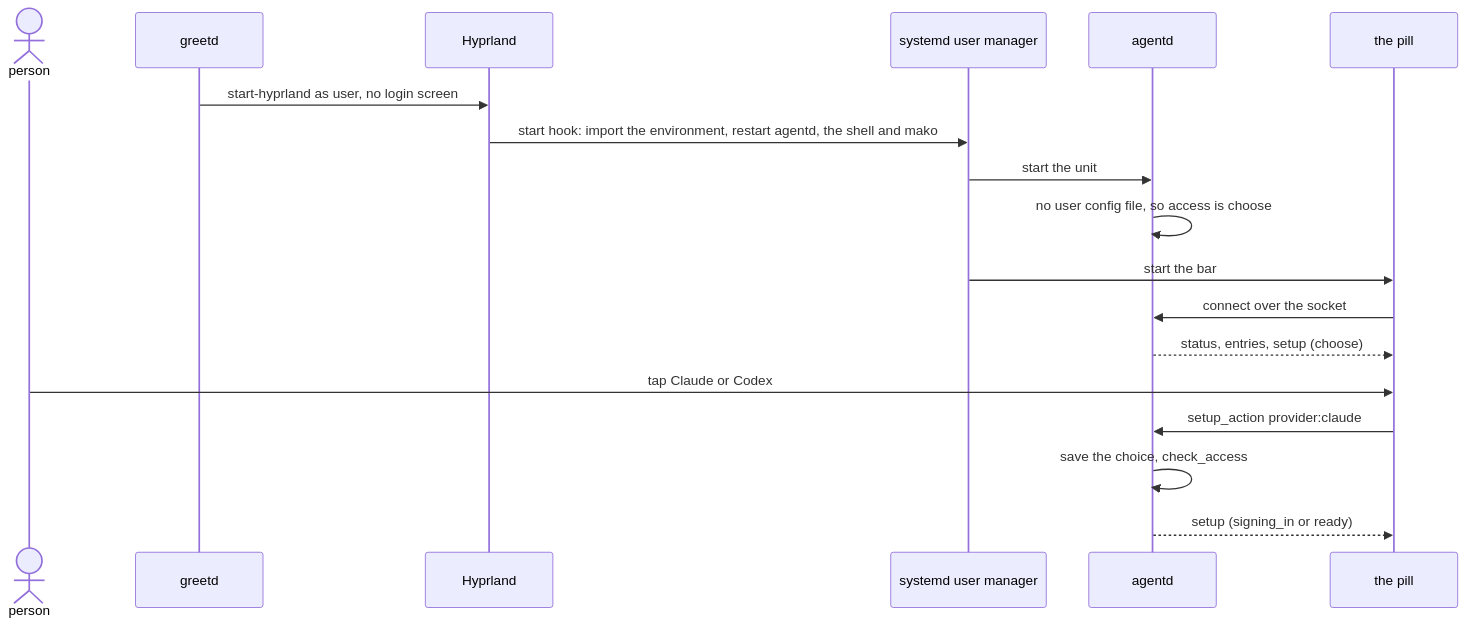
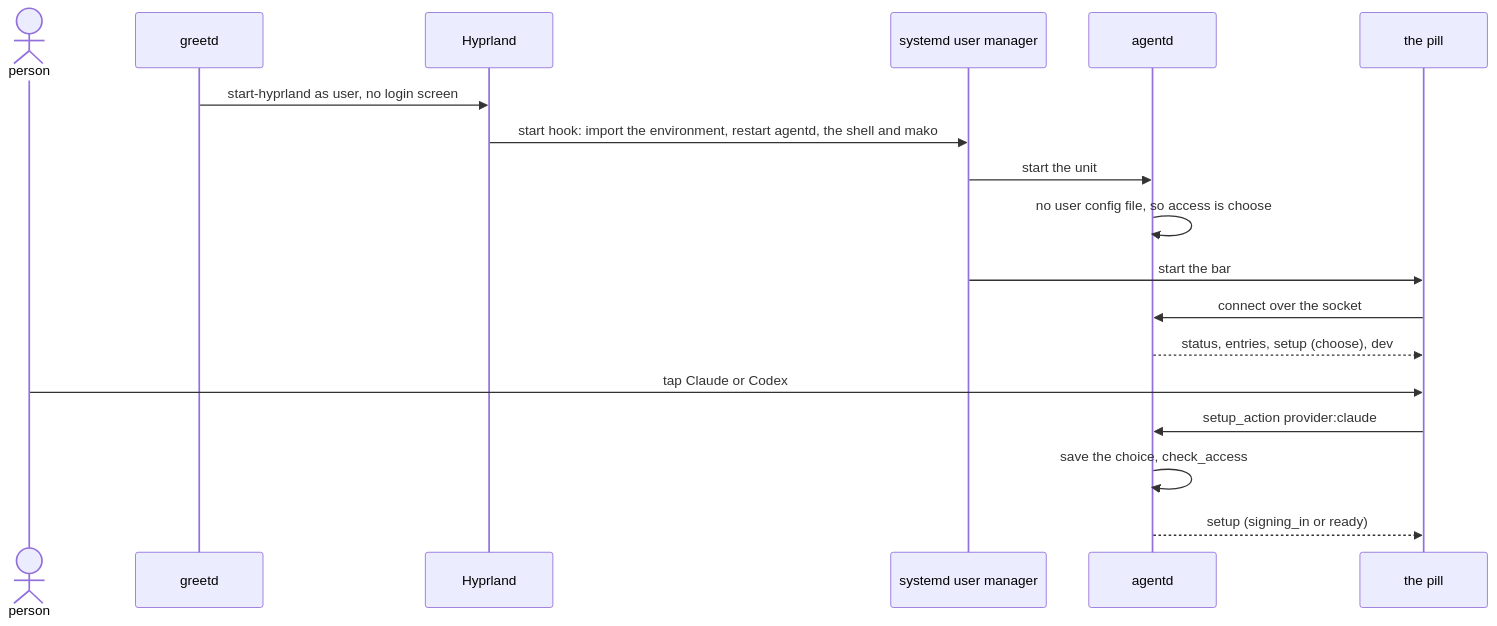
The first of 18 diagrams in docs/ux/flows.md (thedefaultman/Bombadil), drawn with Mermaid before and after one commit. The commit also changed other lines of this file and 37 other files, not shown here.

````diff
--- a/docs/ux/flows.md
+++ b/docs/ux/flows.md
@@ -14,20 +14,20 @@
 ```mermaid
 sequenceDiagram
     actor U as person
     participant G as greetd
     participant H as Hyprland
     participant S as systemd user manager
     participant A as agentd
     participant P as the pill
     G->>H: start-hyprland as user, no login screen
     H->>S: start hook: import the environment, restart agentd, the shell and mako
     S->>A: start the unit
     A->>A: no user config file, so access is choose
     S->>P: start the bar
     P->>A: connect over the socket
-    A-->>P: status, entries, setup (choose)
+    A-->>P: status, entries, setup (choose), dev
     U->>P: tap Claude or Codex
     P->>A: setup_action provider:claude
     A->>A: save the choice, check_access
     A-->>P: setup (signing_in or ready)
 ```
````
